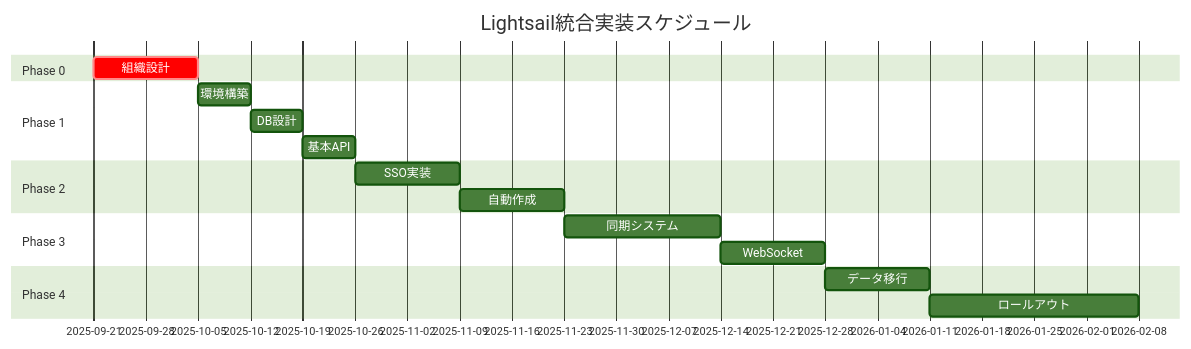
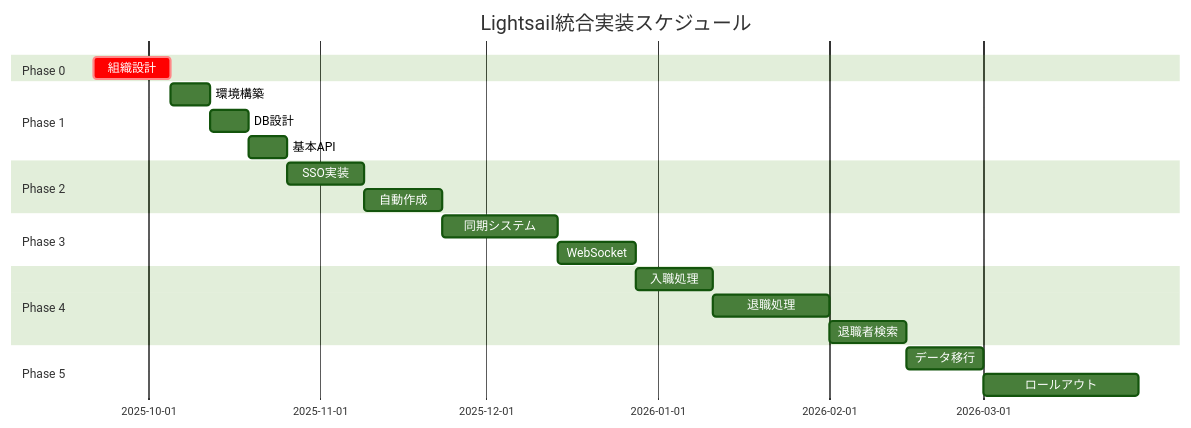
The second of 2 diagrams in mcp-shared/docs/lightsail-integration-master-plan-20250920.md (tokubot83/staff-medical-system-v2), drawn with Mermaid (forest theme) before and after one commit. The commit also changed other lines of this file and 26 other files, not shown here.

````diff
--- a/mcp-shared/docs/lightsail-integration-master-plan-20250920.md
+++ b/mcp-shared/docs/lightsail-integration-master-plan-20250920.md
@@ -347,24 +718,29 @@
 ```mermaid
 gantt
     title Lightsail統合実装スケジュール
     dateFormat  YYYY-MM-DD
     section Phase 0
     組織設計        :crit, p0, 2025-09-21, 14d
 
     section Phase 1
     環境構築        :p1a, after p0, 7d
     DB設計         :p1b, after p1a, 7d
     基本API        :p1c, after p1b, 7d
 
     section Phase 2
     SSO実装        :p2a, after p1c, 14d
     自動作成       :p2b, after p2a, 14d
 
     section Phase 3
     同期システム    :p3a, after p2b, 21d
     WebSocket      :p3b, after p3a, 14d
 
     section Phase 4
-    データ移行      :p4a, after p3b, 14d
-    ロールアウト    :p4b, after p4a, 28d
+    入職処理        :p4a, after p3b, 14d
+    退職処理        :p4b, after p4a, 21d
+    退職者検索      :p4c, after p4b, 14d
+
+    section Phase 5
+    データ移行      :p5a, after p4c, 14d
+    ロールアウト    :p5b, after p5a, 28d
 ```
````
